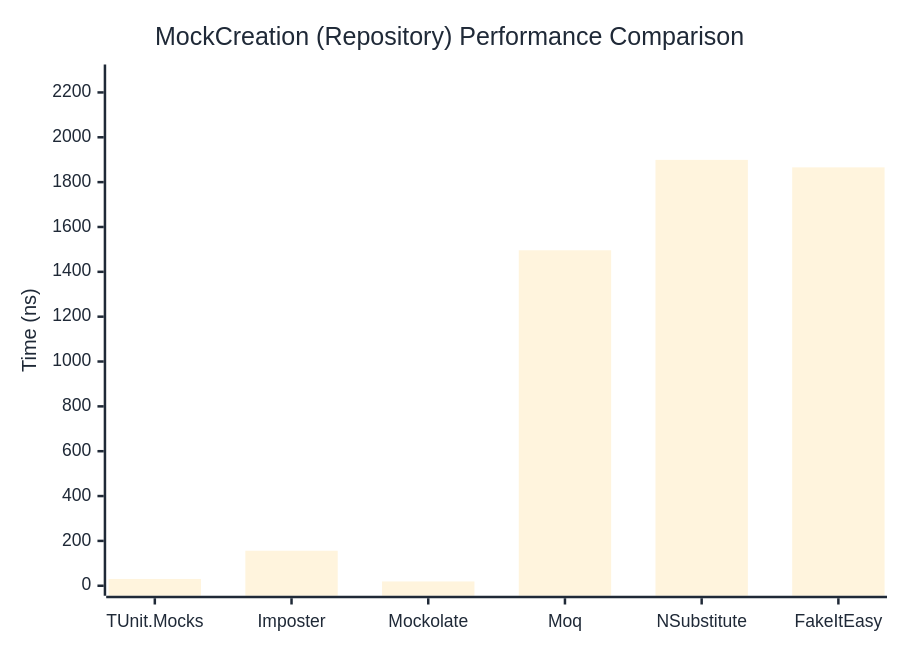
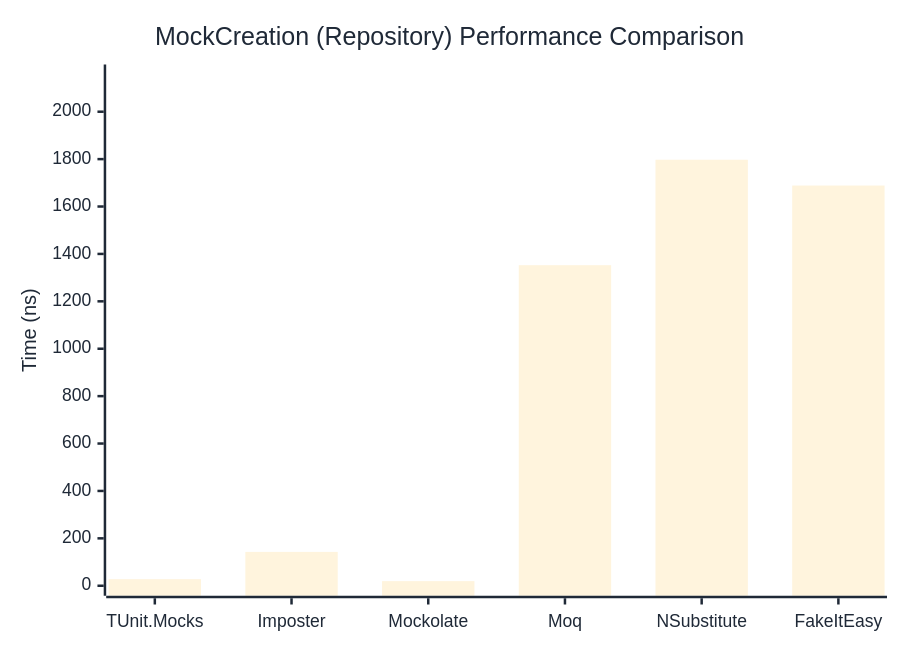
The second of 2 diagrams in docs/docs/benchmarks/mocks/MockCreation.md (thomhurst/TUnit), drawn with Mermaid before and after one commit. The commit also changed other lines of this file and 14 other files, not shown here.

````diff
--- a/docs/docs/benchmarks/mocks/MockCreation.md
+++ b/docs/docs/benchmarks/mocks/MockCreation.md
@@ -71,27 +71,27 @@
 ```mermaid
 %%{init: {
   'theme':'base',
   'themeVariables': {
     'primaryColor': '#2563eb',
     'primaryTextColor': '#1f2937',
     'primaryBorderColor': '#1e40af',
     'lineColor': '#6b7280',
     'secondaryColor': '#7c3aed',
     'tertiaryColor': '#dc2626',
     'background': '#ffffff',
     'pie1': '#2563eb',
     'pie2': '#7c3aed',
     'pie3': '#dc2626',
     'pie4': '#f59e0b',
     'pie5': '#10b981',
     'pie6': '#06b6d4',
     'pie7': '#ec4899',
     'pie8': '#6366f1'
   }
 }}%%
 xychart-beta
   title "MockCreation (Repository) Performance Comparison"
   x-axis ["TUnit.Mocks", "Imposter", "Mockolate", "Moq", "NSubstitute", "FakeItEasy"]
-  y-axis "Time (ns)" 0 --> 2280
-  bar [30.25, 156.2, 19.24, 1496.07, 1899.24, 1865.93]
+  y-axis "Time (ns)" 0 --> 2157
+  bar [27.84, 142.8, 19.46, 1352.53, 1797.37, 1688.58]
 ```
````
